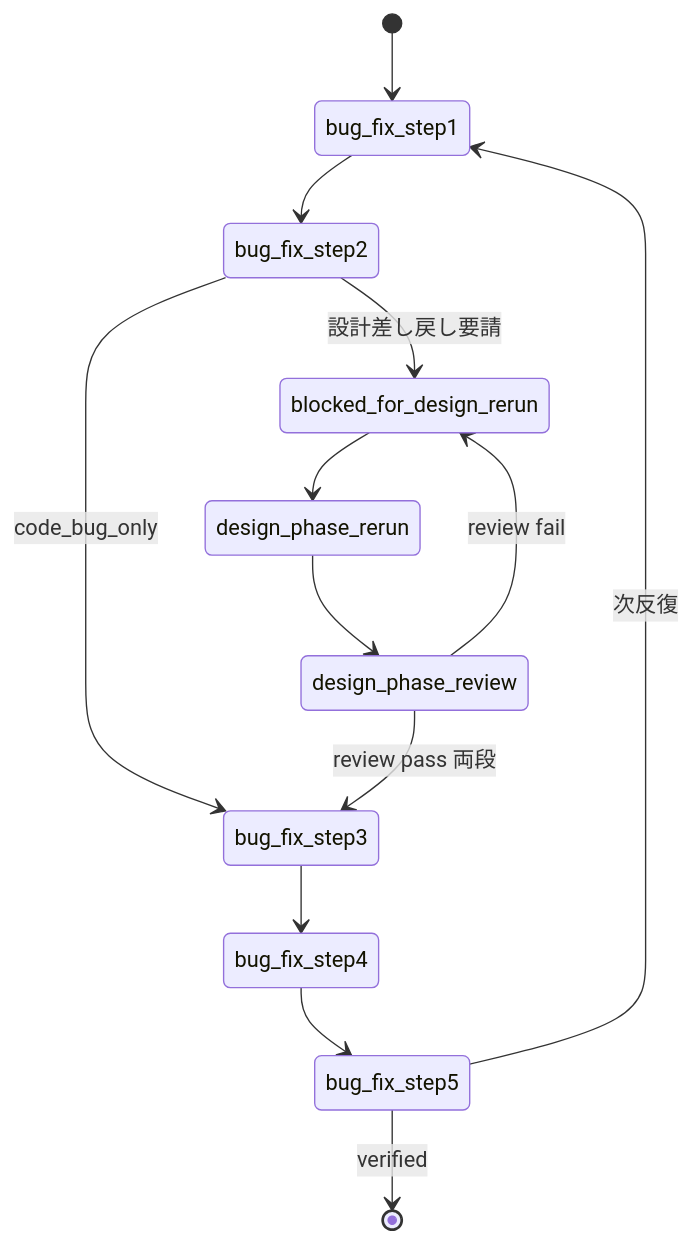
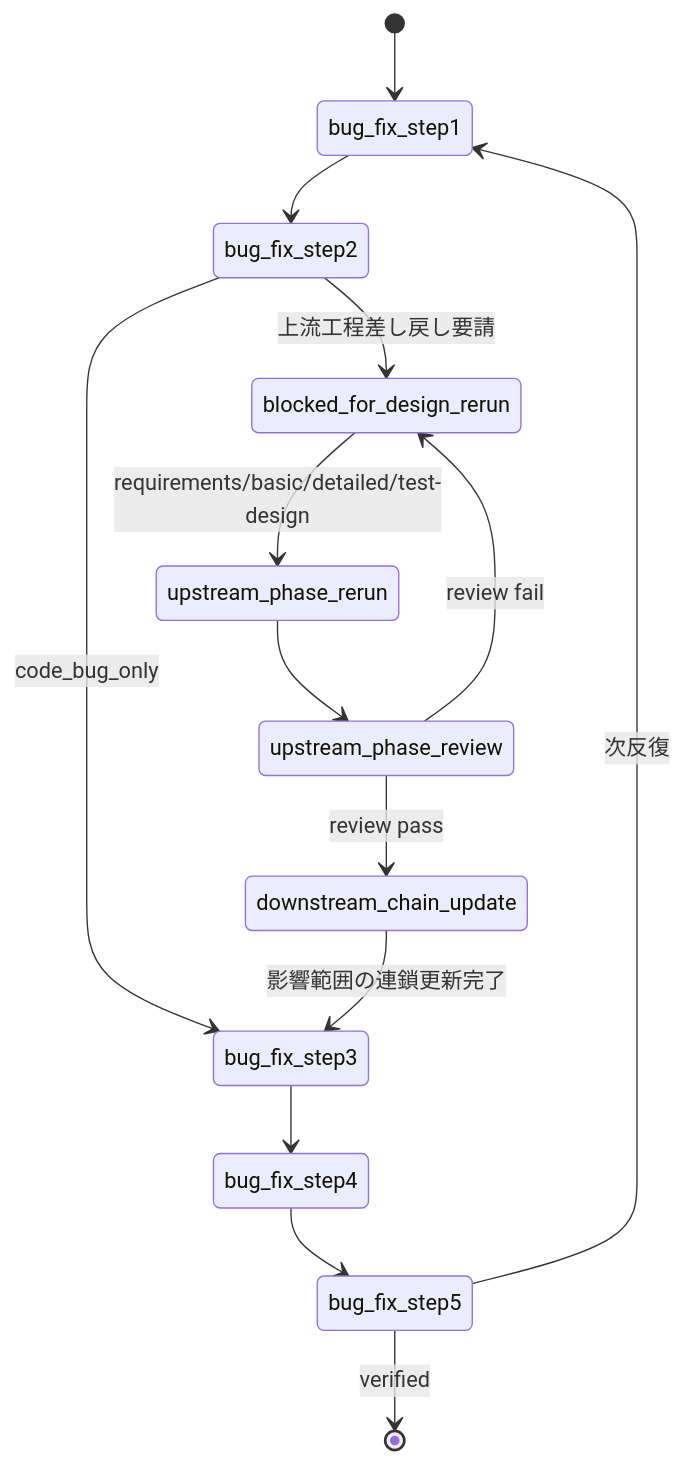
The diagram in skills/dev-workflow/resources/reference/bugfix-design-handoff.md (yamasuki-/software_dev_workflow), drawn with Mermaid before and after one commit. The commit also changed other lines of this file and 13 other files, not shown here.

````diff
--- a/skills/dev-workflow/resources/reference/bugfix-design-handoff.md
+++ b/skills/dev-workflow/resources/reference/bugfix-design-handoff.md
@@ -61,15 +80,16 @@
 ```mermaid
 stateDiagram-v2
     [*] --> bug_fix_step1
     bug_fix_step1 --> bug_fix_step2
     bug_fix_step2 --> bug_fix_step3 : code_bug_only
-    bug_fix_step2 --> blocked_for_design_rerun : 設計差し戻し要請
-    blocked_for_design_rerun --> design_phase_rerun
-    design_phase_rerun --> design_phase_review
-    design_phase_review --> blocked_for_design_rerun : review fail
-    design_phase_review --> bug_fix_step3 : review pass 両段
+    bug_fix_step2 --> blocked_for_design_rerun : 上流工程差し戻し要請
+    blocked_for_design_rerun --> upstream_phase_rerun : requirements/basic/detailed/test-design
+    upstream_phase_rerun --> upstream_phase_review
+    upstream_phase_review --> blocked_for_design_rerun : review fail
+    upstream_phase_review --> downstream_chain_update : review pass
+    downstream_chain_update --> bug_fix_step3 : 影響範囲の連鎖更新完了
     bug_fix_step3 --> bug_fix_step4
     bug_fix_step4 --> bug_fix_step5
     bug_fix_step5 --> [*] : verified
     bug_fix_step5 --> bug_fix_step1 : 次反復
 ```
````
